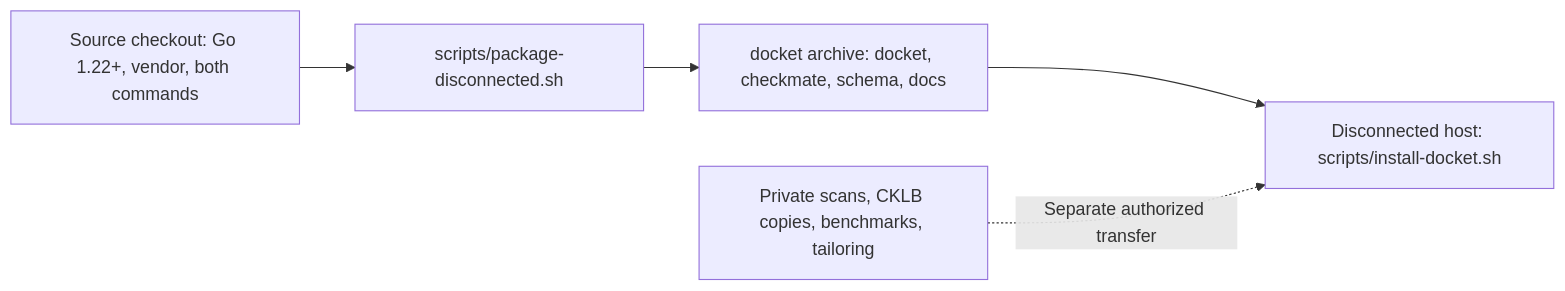
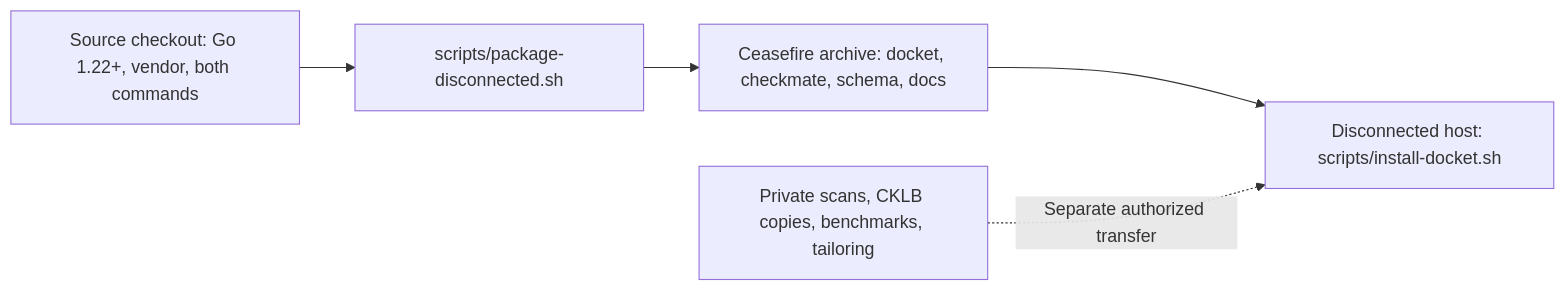
One commit to zcook44/burden-of-proof changed the second of 2 diagrams in cmd/checkmate/README.md. Above: the diagram before and after it, drawn with Mermaid. The commit also changed other lines of this file and 12 other files, not shown here.

First line of the commit message:
Name the toolkit Ceasefire and ship it as one archive.

````diff
--- a/cmd/checkmate/README.md
+++ b/cmd/checkmate/README.md
@@ -176,7 +176,7 @@
 ```mermaid
 flowchart LR
     source["Source checkout: Go 1.22+, vendor, both commands"] --> pack["scripts/package-disconnected.sh"]
-    pack --> generic["docket archive: docket, checkmate, schema, docs"]
+    pack --> generic["Ceasefire archive: docket, checkmate, schema, docs"]
     generic --> offline["Disconnected host: scripts/install-docket.sh"]
     private["Private scans, CKLB copies, benchmarks, tailoring"] -.->|Separate authorized transfer| offline
 ```
````
